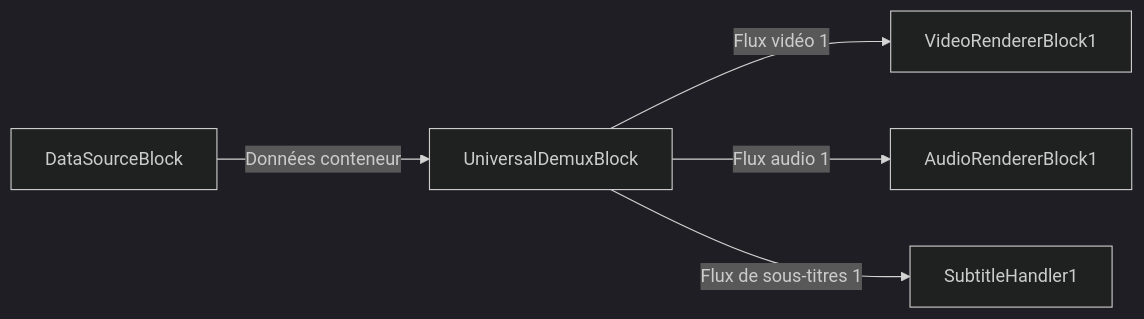
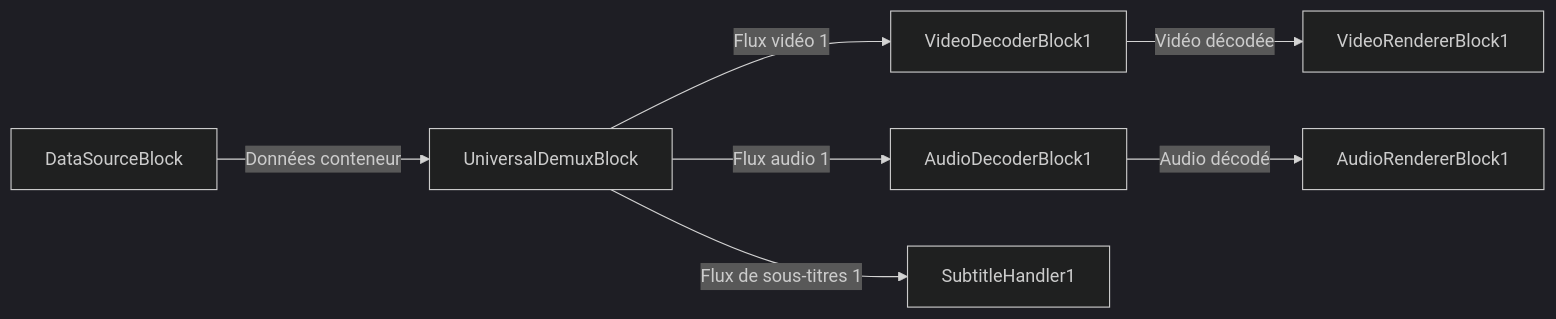
One commit to visioforge/help changed the third of 4 diagrams in dotnet/mediablocks/Demuxers/index.fr.md. Above: the diagram before and after it, drawn with Mermaid (dark theme). The commit also changed other lines of this file and 194 other files, not shown here.

````diff
--- a/dotnet/mediablocks/Demuxers/index.fr.md
+++ b/dotnet/mediablocks/Demuxers/index.fr.md
@@ -257,7 +275,9 @@
 ```mermaid
 graph LR;
     DataSourceBlock -- Données conteneur --> UniversalDemuxBlock;
-    UniversalDemuxBlock -- Flux vidéo 1 --> VideoRendererBlock1;
-    UniversalDemuxBlock -- Flux audio 1 --> AudioRendererBlock1;
+    UniversalDemuxBlock -- Flux vidéo 1 --> VideoDecoderBlock1;
+    VideoDecoderBlock1 -- Vidéo décodée --> VideoRendererBlock1;
+    UniversalDemuxBlock -- Flux audio 1 --> AudioDecoderBlock1;
+    AudioDecoderBlock1 -- Audio décodé --> AudioRendererBlock1;
     UniversalDemuxBlock -- Flux de sous-titres 1 --> SubtitleHandler1;
 ```
````
